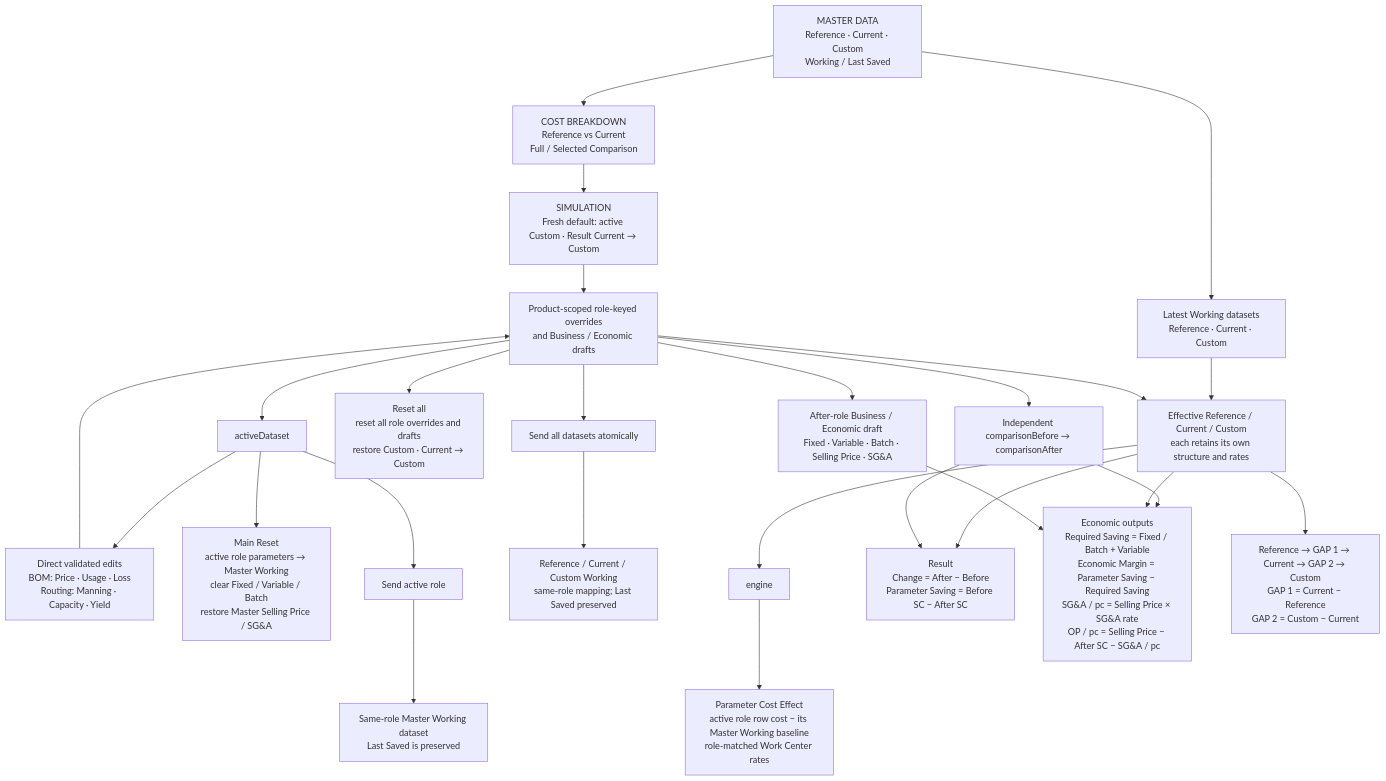
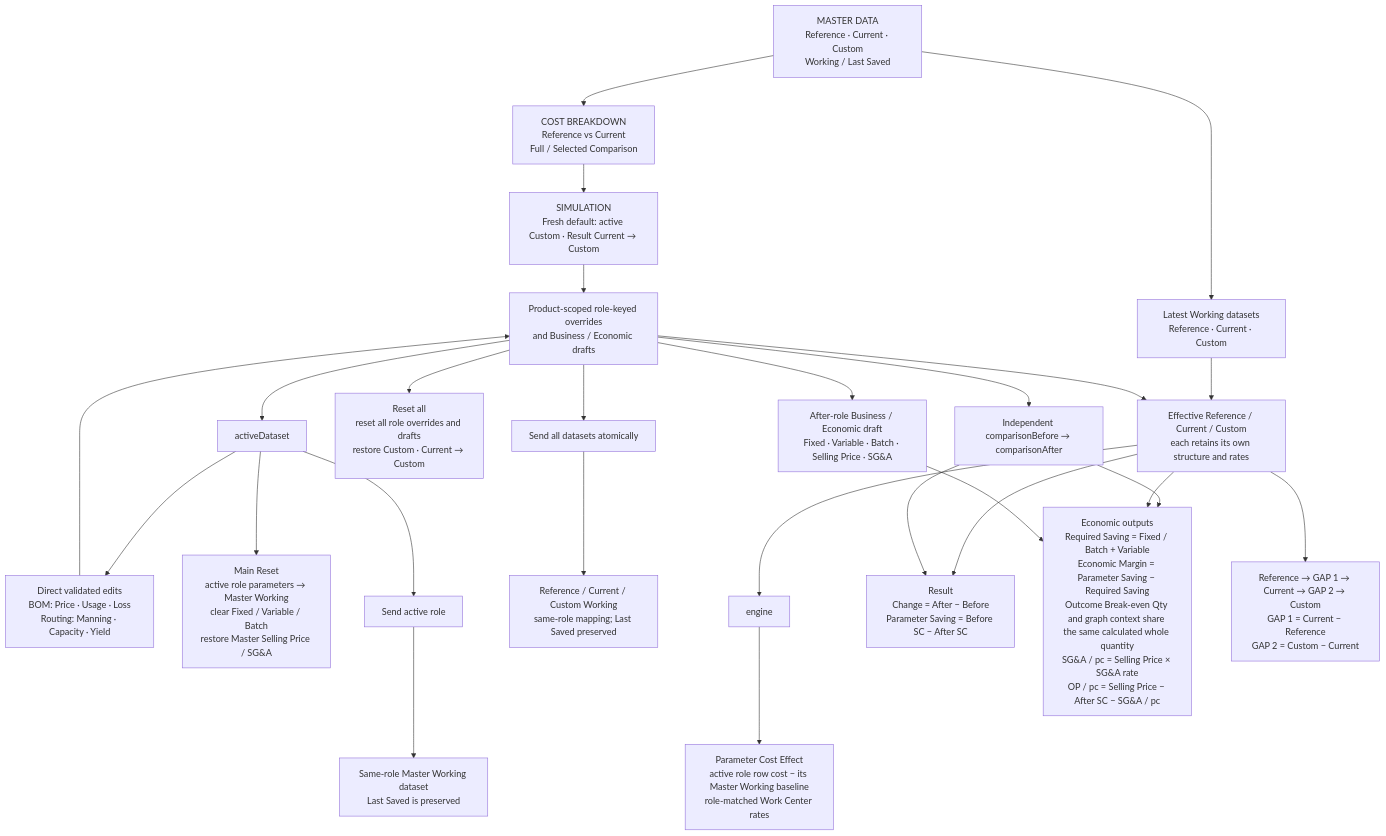
One commit to apirak-k/COSTBREAKDOWN changed the diagram in docs/SYSTEM_LOGIC_DIAGRAM.md. Above: the diagram before and after it, drawn with Mermaid. The commit also changed other lines of this file and 20 other files, not shown here.

````diff
--- a/docs/SYSTEM_LOGIC_DIAGRAM.md
+++ b/docs/SYSTEM_LOGIC_DIAGRAM.md
@@ -37,33 +37,33 @@
 ```mermaid
 flowchart TD
     master["MASTER DATA<br/>Reference · Current · Custom<br/>Working / Last Saved"] --> cbd["COST BREAKDOWN<br/>Reference vs Current<br/>Full / Selected Comparison"]
     cbd --> sim["SIMULATION<br/>Fresh default: active Custom · Result Current → Custom"]
 
     master --> working["Latest Working datasets<br/>Reference · Current · Custom"]
     sim --> workspace["Product-scoped role-keyed overrides<br/>and Business / Economic drafts"]
     working --> effective["Effective Reference / Current / Custom<br/>each retains its own structure and rates"]
     workspace --> effective
 
     workspace --> active["activeDataset"]
     active --> edits["Direct validated edits<br/>BOM: Price · Usage · Loss<br/>Routing: Manning · Capacity · Yield"]
     edits --> workspace
     active --> reset["Main Reset<br/>active role parameters → Master Working<br/>clear Fixed / Variable / Batch<br/>restore Master Selling Price / SG&A"]
     active --> send["Send active role"]
     send --> sameRole["Same-role Master Working dataset<br/>Last Saved is preserved"]
     workspace --> resetAll["Reset all<br/>reset all role overrides and drafts<br/>restore Custom · Current → Custom"]
     workspace --> sendAll["Send all datasets atomically"]
     sendAll --> allRoles["Reference / Current / Custom Working<br/>same-role mapping; Last Saved preserved"]
 
     effective --> engine
     engine --> effects["Parameter Cost Effect<br/>active role row cost − its Master Working baseline<br/>role-matched Work Center rates"]
 
     workspace --> pair["Independent comparisonBefore → comparisonAfter"]
     effective --> result["Result<br/>Change = After − Before<br/>Parameter Saving = Before SC − After SC"]
     pair --> result
     workspace --> econ["After-role Business / Economic draft<br/>Fixed · Variable · Batch · Selling Price · SG&A"]
-    pair --> econCalc["Economic outputs<br/>Required Saving = Fixed / Batch + Variable<br/>Economic Margin = Parameter Saving − Required Saving<br/>SG&A / pc = Selling Price × SG&A rate<br/>OP / pc = Selling Price − After SC − SG&A / pc"]
+    pair --> econCalc["Economic outputs<br/>Required Saving = Fixed / Batch + Variable<br/>Economic Margin = Parameter Saving − Required Saving<br/>Outcome Break-even Qty and graph context share the same calculated whole quantity<br/>SG&A / pc = Selling Price × SG&A rate<br/>OP / pc = Selling Price − After SC − SG&A / pc"]
     effective --> econCalc
     econ --> econCalc
 
     effective --> story["Reference → GAP 1 → Current → GAP 2 → Custom<br/>GAP 1 = Current − Reference<br/>GAP 2 = Custom − Current"]
 ```
````
